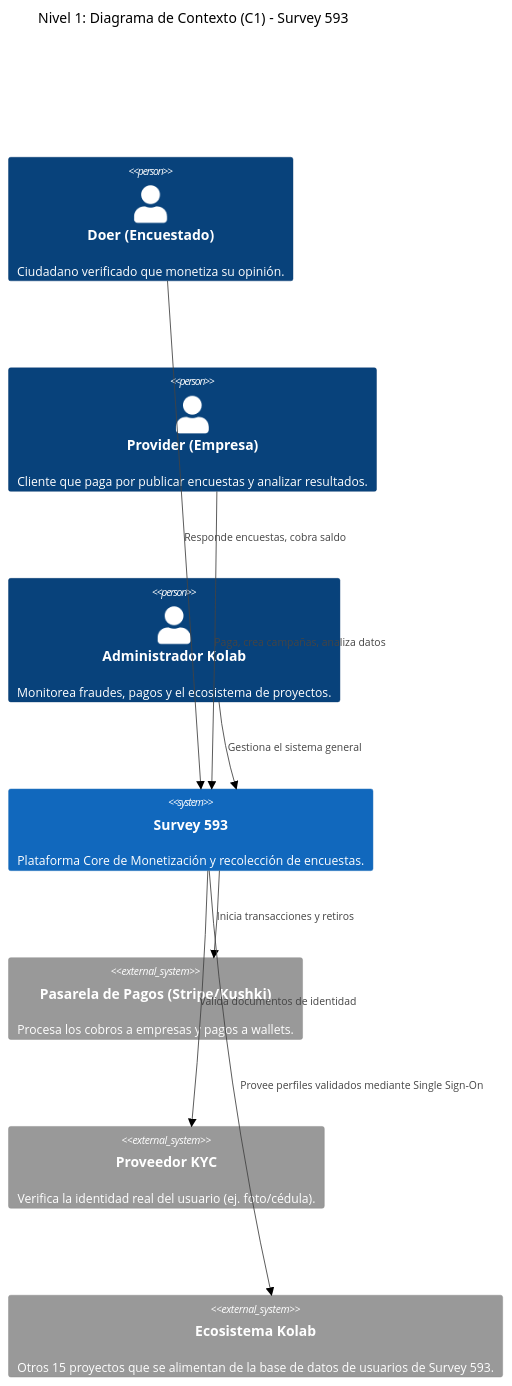
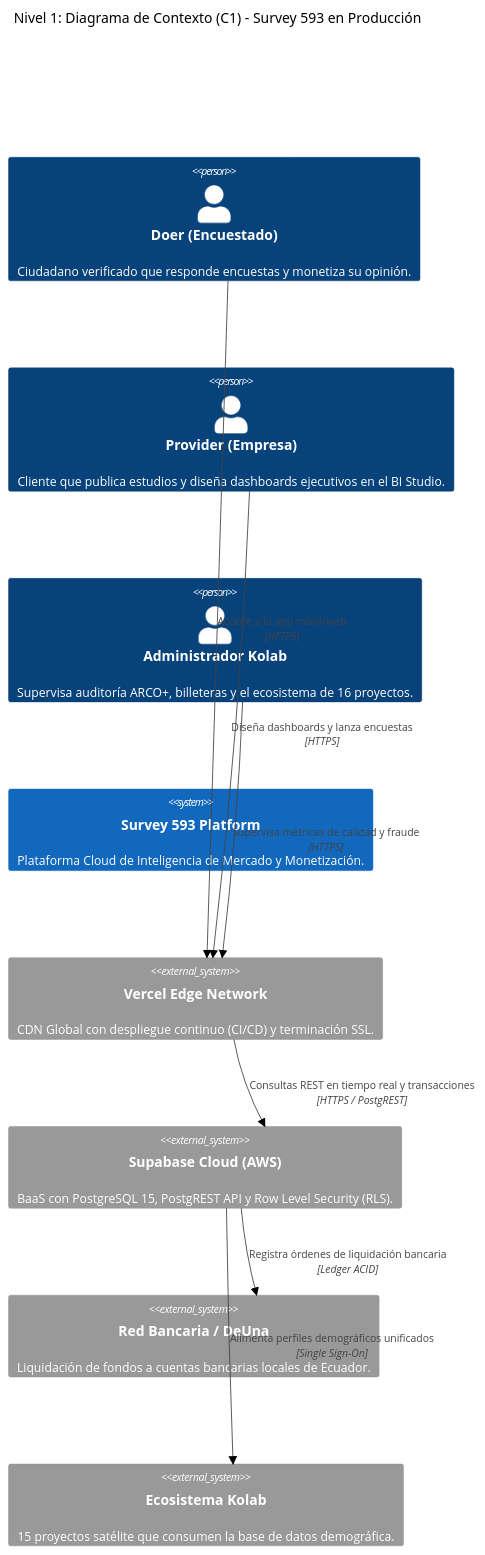
Before and after one commit to Fernando-Cajias/survay593-final: the first of 2 diagrams in docs/DDA_Survey593.md, drawn with Mermaid (neutral theme). The commit also changed other lines of this file, not shown here.

Commit message:
docs: Actualizar DDA_Survey593.md a Versión 2.0.0 alineado a React 18, Supabase PostgreSQL, Vercel y equipo Scrum

````diff
--- a/docs/DDA_Survey593.md
+++ b/docs/DDA_Survey593.md
@@ -72,22 +68,23 @@
 ```mermaid
 C4Context
-    title Nivel 1: Diagrama de Contexto (C1) - Survey 593
+    title Nivel 1: Diagrama de Contexto (C1) - Survey 593 en Producción
     
-    Person(doer, "Doer (Encuestado)", "Ciudadano verificado que monetiza su opinión.")
-    Person(provider, "Provider (Empresa)", "Cliente que paga por publicar encuestas y analizar resultados.")
-    Person(admin, "Administrador Kolab", "Monitorea fraudes, pagos y el ecosistema de proyectos.")
+    Person(doer, "Doer (Encuestado)", "Ciudadano verificado que responde encuestas y monetiza su opinión.")
+    Person(provider, "Provider (Empresa)", "Cliente que publica estudios y diseña dashboards ejecutivos en el BI Studio.")
+    Person(admin, "Administrador Kolab", "Supervisa auditoría ARCO+, billeteras y el ecosistema de 16 proyectos.")
     
-    System(survey593, "Survey 593", "Plataforma Core de Monetización y recolección de encuestas.")
+    System(survey593, "Survey 593 Platform", "Plataforma Cloud de Inteligencia de Mercado y Monetización.")
     
-    System_Ext(paymentGateway, "Pasarela de Pagos (Stripe/Kushki)", "Procesa los cobros a empresas y pagos a wallets.")
-    System_Ext(kycProvider, "Proveedor KYC", "Verifica la identidad real del usuario (ej. foto/cédula).")
-    System_Ext(kolabEcosystem, "Ecosistema Kolab", "Otros 15 proyectos que se alimentan de la base de datos de usuarios de Survey 593.")
+    System_Ext(vercel, "Vercel Edge Network", "CDN Global con despliegue continuo (CI/CD) y terminación SSL.")
+    System_Ext(supabase, "Supabase Cloud (AWS)", "BaaS con PostgreSQL 15, PostgREST API y Row Level Security (RLS).")
+    System_Ext(banking, "Red Bancaria / DeUna", "Liquidación de fondos a cuentas bancarias locales de Ecuador.")
+    System_Ext(kolabEco, "Ecosistema Kolab", "15 proyectos satélite que consumen la base de datos demográfica.")
     
-    Rel(doer, survey593, "Responde encuestas, cobra saldo")
-    Rel(provider, survey593, "Paga, crea campañas, analiza datos")
-    Rel(admin, survey593, "Gestiona el sistema general")
+    Rel(doer, vercel, "Accede a la app móvil/web", "HTTPS")
+    Rel(provider, vercel, "Diseña dashboards y lanza encuestas", "HTTPS")
+    Rel(admin, vercel, "Supervisa métricas de calidad y fraude", "HTTPS")
     
-    Rel(survey593, paymentGateway, "Inicia transacciones y retiros")
-    Rel(survey593, kycProvider, "Valida documentos de identidad")
-    Rel(survey593, kolabEcosystem, "Provee perfiles validados mediante Single Sign-On")
+    Rel(vercel, supabase, "Consultas REST en tiempo real y transacciones", "HTTPS / PostgREST")
+    Rel(supabase, banking, "Registra órdenes de liquidación bancaria", "Ledger ACID")
+    Rel(supabase, kolabEco, "Alimenta perfiles demográficos unificados", "Single Sign-On")
 ```
````
